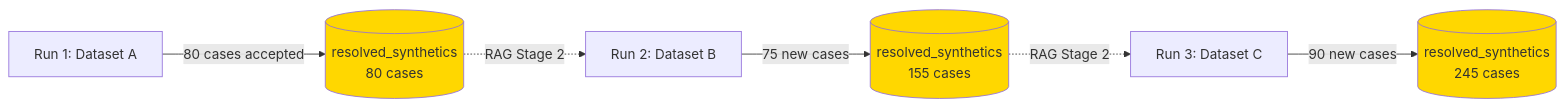
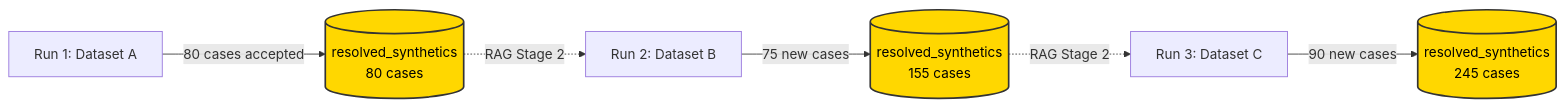
The eighth of 15 diagrams in ARCHITECTURE.md (arteaga-uux/Edge-Case-Annotator-Agent), drawn with Mermaid before and after one commit. The commit also changed other lines of this file and 1 other file, not shown here.

````diff
--- a/ARCHITECTURE.md
+++ b/ARCHITECTURE.md
@@ -260,16 +260,16 @@
 ```mermaid
 graph LR
     A[Run 1: Dataset A] -->|80 cases accepted| B[(resolved_synthetics<br/>80 cases)]
     
     B -.->|RAG Stage 2| C[Run 2: Dataset B]
     
     C -->|75 new cases| D[(resolved_synthetics<br/>155 cases)]
     
     D -.->|RAG Stage 2| E[Run 3: Dataset C]
     
     E -->|90 new cases| F[(resolved_synthetics<br/>245 cases)]
     
-    style B fill:#FFD700
-    style D fill:#FFD700
-    style F fill:#FFD700
+    style B fill:#FFD700,stroke:#333,stroke-width:2px,color:#000
+    style D fill:#FFD700,stroke:#333,stroke-width:2px,color:#000
+    style F fill:#FFD700,stroke:#333,stroke-width:2px,color:#000
 ```
````
